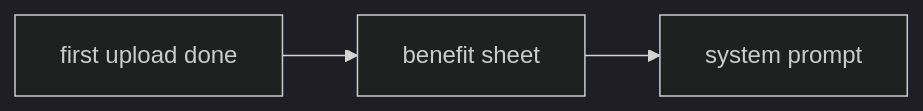
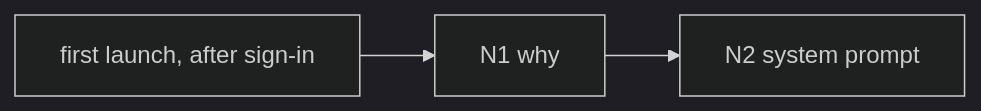
The fifth of 8 diagrams in docs/feature-guide/S8-realtime-push-quality/F16-push-deeplinks.md (DAMHONGDUC/site-log-ios), drawn with Mermaid (dark theme) before and after one commit. The commit also changed other lines of this file, not shown here.

````diff
--- a/docs/feature-guide/S8-realtime-push-quality/F16-push-deeplinks.md
+++ b/docs/feature-guide/S8-realtime-push-quality/F16-push-deeplinks.md
@@ -176,4 +176,4 @@
 ```mermaid
 flowchart LR
-    Moment["first upload done"] --> Explain["benefit sheet"] --> Prompt["system prompt"]
+    Moment["first launch, after sign-in"] --> Explain["N1 why"] --> Prompt["N2 system prompt"]
 ```
````
